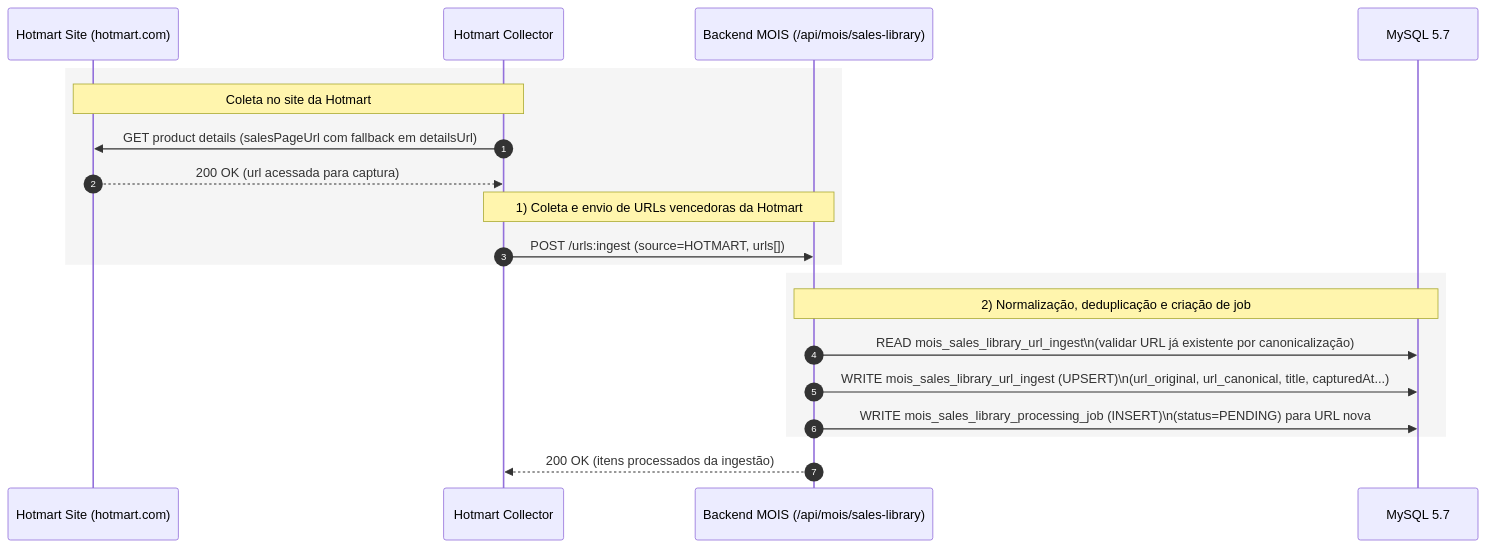
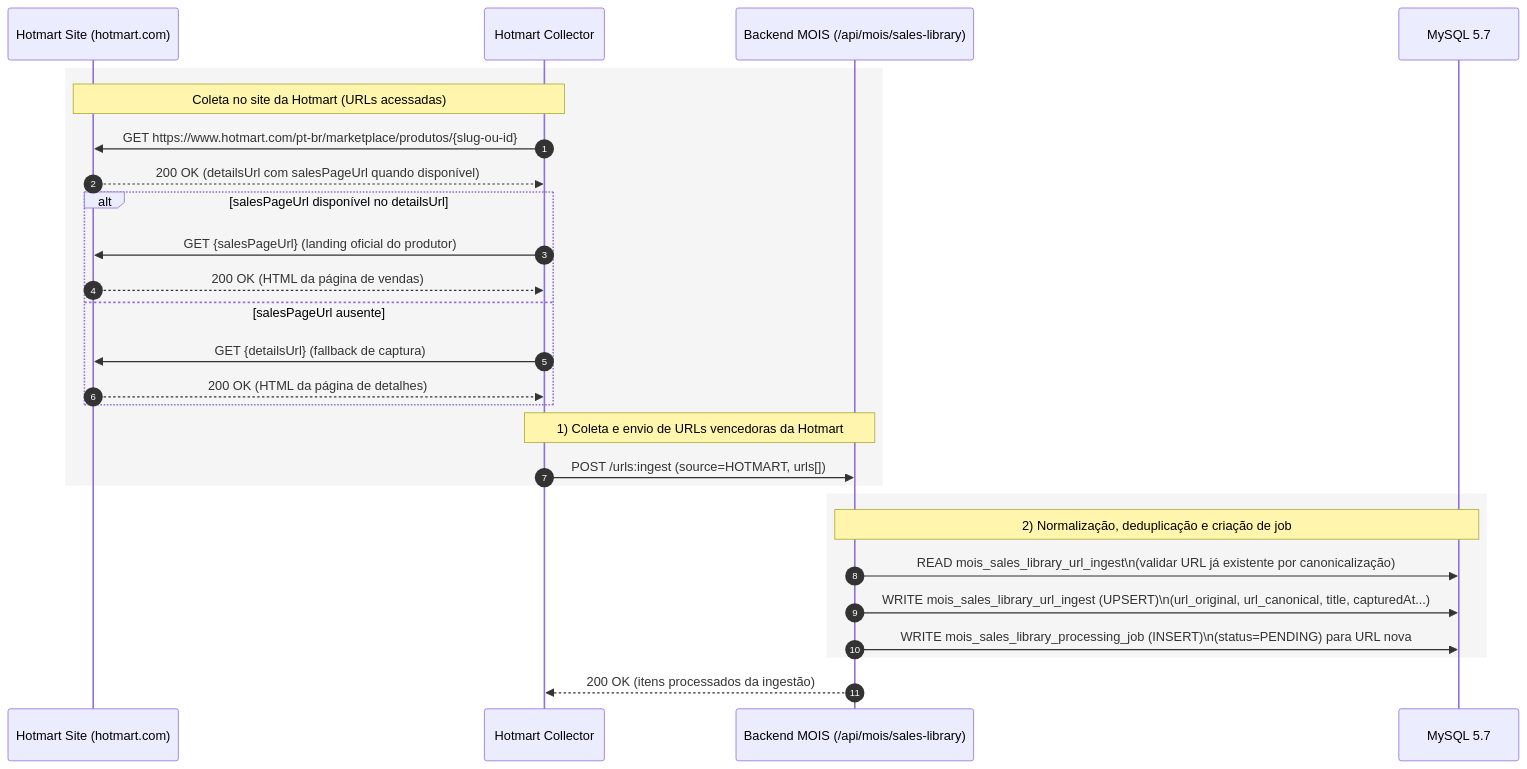
One commit to paulofor/marketing-hub changed the second of 5 diagrams in docs/canonical/mois-worker-canon.v1.md. Above: the diagram before and after it, drawn with Mermaid.

Commit message:
docs: adiciona URLs da Hotmart no diagrama do coletor

````diff
--- a/docs/canonical/mois-worker-canon.v1.md
+++ b/docs/canonical/mois-worker-canon.v1.md
@@ -201,26 +201,33 @@
 ```mermaid
 sequenceDiagram
     autonumber
     participant HS as Hotmart Site (hotmart.com)
     participant HC as Hotmart Collector
     participant API as Backend MOIS (/api/mois/sales-library)
     participant DB as MySQL 5.7
 
     rect rgb(245,245,245)
-    Note over HS,HC: Coleta no site da Hotmart
-    HC->>HS: GET product details (salesPageUrl com fallback em detailsUrl)
-    HS-->>HC: 200 OK (url acessada para captura)
+    Note over HS,HC: Coleta no site da Hotmart (URLs acessadas)
+    HC->>HS: GET https://www.hotmart.com/pt-br/marketplace/produtos/{slug-ou-id}
+    HS-->>HC: 200 OK (detailsUrl com salesPageUrl quando disponível)
+    alt salesPageUrl disponível no detailsUrl
+      HC->>HS: GET {salesPageUrl} (landing oficial do produtor)
+      HS-->>HC: 200 OK (HTML da página de vendas)
+    else salesPageUrl ausente
+      HC->>HS: GET {detailsUrl} (fallback de captura)
+      HS-->>HC: 200 OK (HTML da página de detalhes)
+    end
 
     Note over HC,API: 1) Coleta e envio de URLs vencedoras da Hotmart
     HC->>API: POST /urls:ingest (source=HOTMART, urls[])
     end
 
     rect rgb(245,245,245)
     Note over API,DB: 2) Normalização, deduplicação e criação de job
     API->>DB: READ mois_sales_library_url_ingest\n(validar URL já existente por canonicalização)
     API->>DB: WRITE mois_sales_library_url_ingest (UPSERT)\n(url_original, url_canonical, title, capturedAt...)
     API->>DB: WRITE mois_sales_library_processing_job (INSERT)\n(status=PENDING) para URL nova
     end
 
     API-->>HC: 200 OK (itens processados da ingestão)
 ```
````
